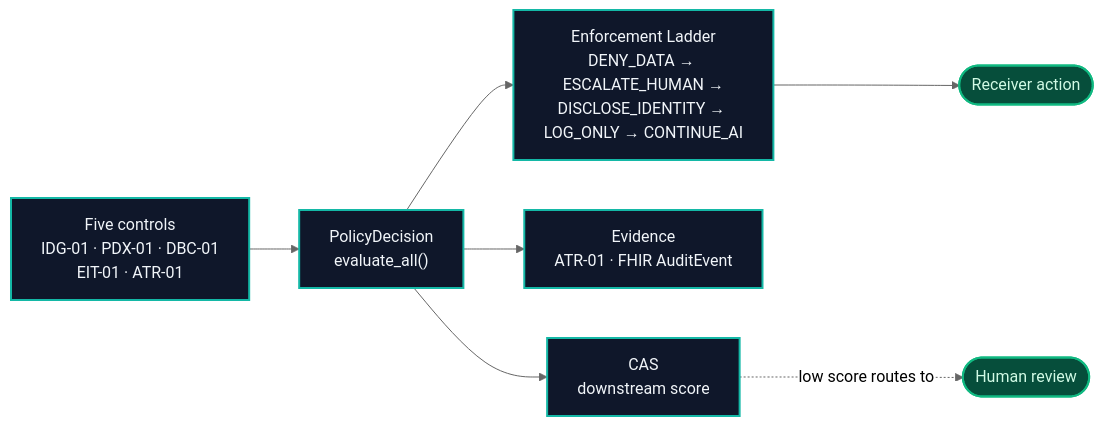
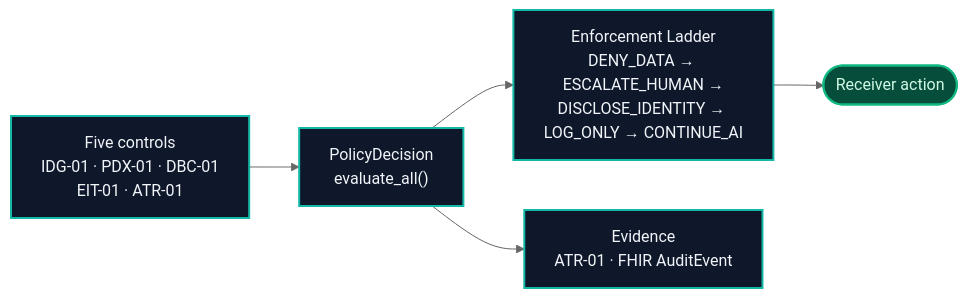
Before and after one commit to NHID-Clinical/NHID-Clinical: the first of 2 diagrams in README.md, drawn with Mermaid (neutral theme). The commit also changed other lines of this file and 39 other files, not shown here.

````diff
--- a/README.md
+++ b/README.md
@@ -257,14 +308,12 @@
 ```mermaid
 flowchart LR
     C["Five controls<br/>IDG-01 · PDX-01 · DBC-01<br/>EIT-01 · ATR-01"] --> D["PolicyDecision<br/>evaluate_all()"]
     D --> L["Enforcement Ladder<br/>DENY_DATA → ESCALATE_HUMAN →<br/>DISCLOSE_IDENTITY → LOG_ONLY → CONTINUE_AI"]
     L --> A(["Receiver action"])
     D --> E["Evidence<br/>ATR-01 · FHIR AuditEvent"]
-    D --> CAS["CAS<br/>downstream score"]
-    CAS -. low score routes to .-> HR(["Human review"])
 
     classDef box fill:#0F172A,stroke:#14B8A6,stroke-width:2px,color:#F1F5F9
     classDef acc fill:#064E3B,stroke:#10B981,stroke-width:2px,color:#D1FAE5
-    class C,D,L,E,CAS box
-    class A,HR acc
+    class C,D,L,E box
+    class A acc
 ```
````
